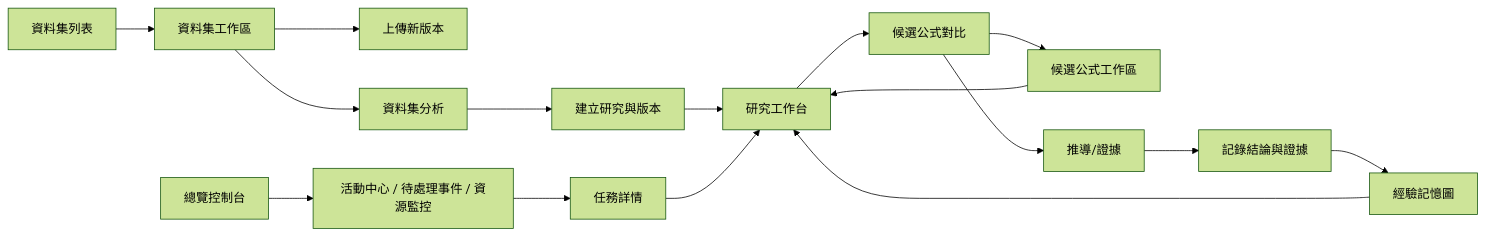
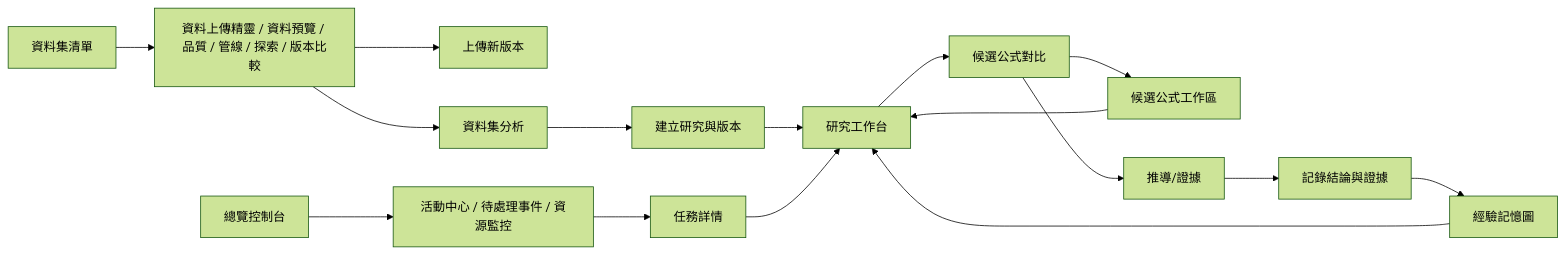
One commit to lovenovel0618/AXIOM changed the second of 2 diagrams in docs/企劃案/08-前端UX/24-畫面線框與互動流程.md. Above: the diagram before and after it, drawn with Mermaid (forest theme). The commit also changed other lines of this file and 21 other files, not shown here.

````diff
--- a/docs/企劃案/08-前端UX/24-畫面線框與互動流程.md
+++ b/docs/企劃案/08-前端UX/24-畫面線框與互動流程.md
@@ -89,20 +158,20 @@
 ```mermaid
 
 flowchart LR
- A[資料集列表] --> A2[資料集工作區]
+ A[資料集清單] --> A2[資料上傳精靈 / 資料預覽 / 品質 / 管線 / 探索 / 版本比較]
  A2 --> B[上傳新版本]
  A2 --> C[資料集分析]
  C --> D[建立研究與版本]
  D --> E[研究工作台]
  E --> F[候選公式對比]
  F --> F2[候選公式工作區]
  F2 --> E
  F --> G[推導/證據]
  G --> H[記錄結論與證據]
  H --> I[經驗記憶圖]
  I --> E
  Z[總覽控制台] --> Z1[活動中心 / 待處理事件 / 資源監控]
  Z1 --> Z2[任務詳情]
  Z2 --> E
 
 ```
````
